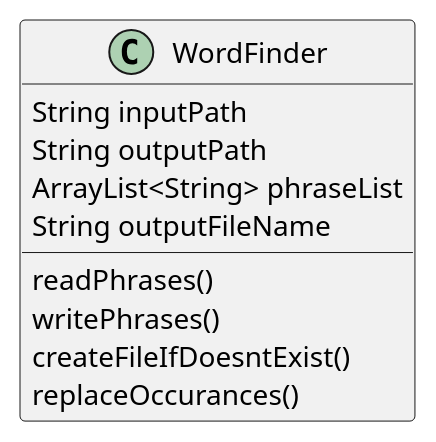
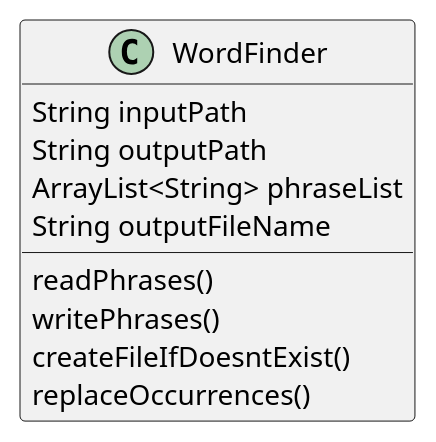
Before and after one commit to vuolo/vuolo-cop3330-assignment3: the diagram in src/main/resources/diagrams/ex45.puml, drawn with PlantUML. The commit also changed 9 other files, not shown here.

```diff
--- a/src/main/resources/diagrams/ex45.puml
+++ b/src/main/resources/diagrams/ex45.puml
@@ -1,15 +1,15 @@
 @startuml
 
 class WordFinder {
     String inputPath
     String outputPath
     ArrayList<String> phraseList
     String outputFileName
 
     readPhrases()
     writePhrases()
     createFileIfDoesntExist()
-    replaceOccurances()
+    replaceOccurrences()
 }
 
 @enduml
```
